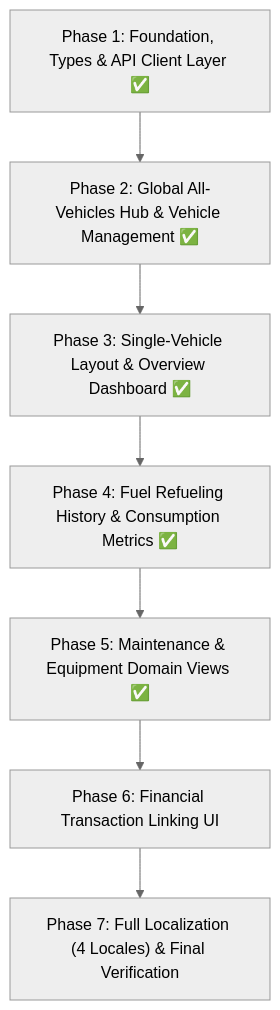
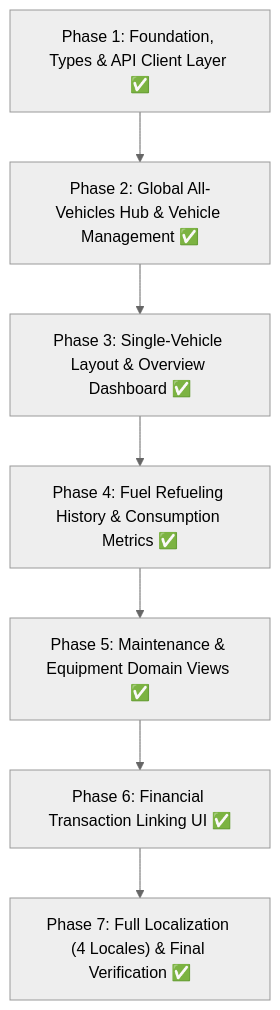
One commit to wojtek960506/finance-tracker-web-v2 changed the diagram in docs/VEHICLES_DOMAIN_IMPLEMENTATION_PLAN.md. Above: the diagram before and after it, drawn with Mermaid (neutral theme). The commit also changed other lines of this file and 7 other files, not shown here.

First line of the commit message:
feat(vehicles): implement cursor pagination UI shell and pagination localization (Phase 8.1)

````diff
--- a/docs/VEHICLES_DOMAIN_IMPLEMENTATION_PLAN.md
+++ b/docs/VEHICLES_DOMAIN_IMPLEMENTATION_PLAN.md
@@ -77,9 +77,9 @@
 ```mermaid
 flowchart TD
     P1["Phase 1: Foundation, Types & API Client Layer ✅"] --> P2["Phase 2: Global All-Vehicles Hub & Vehicle Management ✅"]
     P2 --> P3["Phase 3: Single-Vehicle Layout & Overview Dashboard ✅"]
     P3 --> P4["Phase 4: Fuel Refueling History & Consumption Metrics ✅"]
     P4 --> P5["Phase 5: Maintenance & Equipment Domain Views ✅"]
-    P5 --> P6["Phase 6: Financial Transaction Linking UI"]
-    P6 --> P7["Phase 7: Full Localization (4 Locales) & Final Verification"]
+    P5 --> P6["Phase 6: Financial Transaction Linking UI ✅"]
+    P6 --> P7["Phase 7: Full Localization (4 Locales) & Final Verification ✅"]
 ```
````
